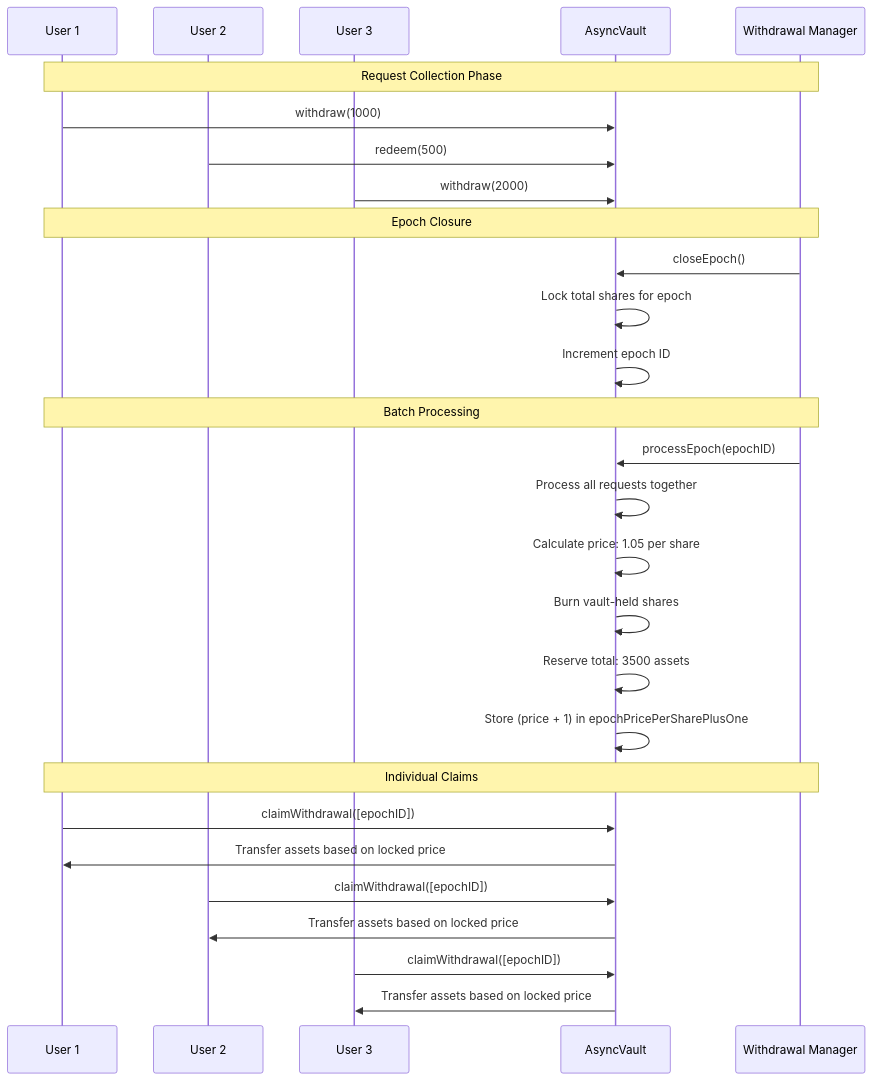
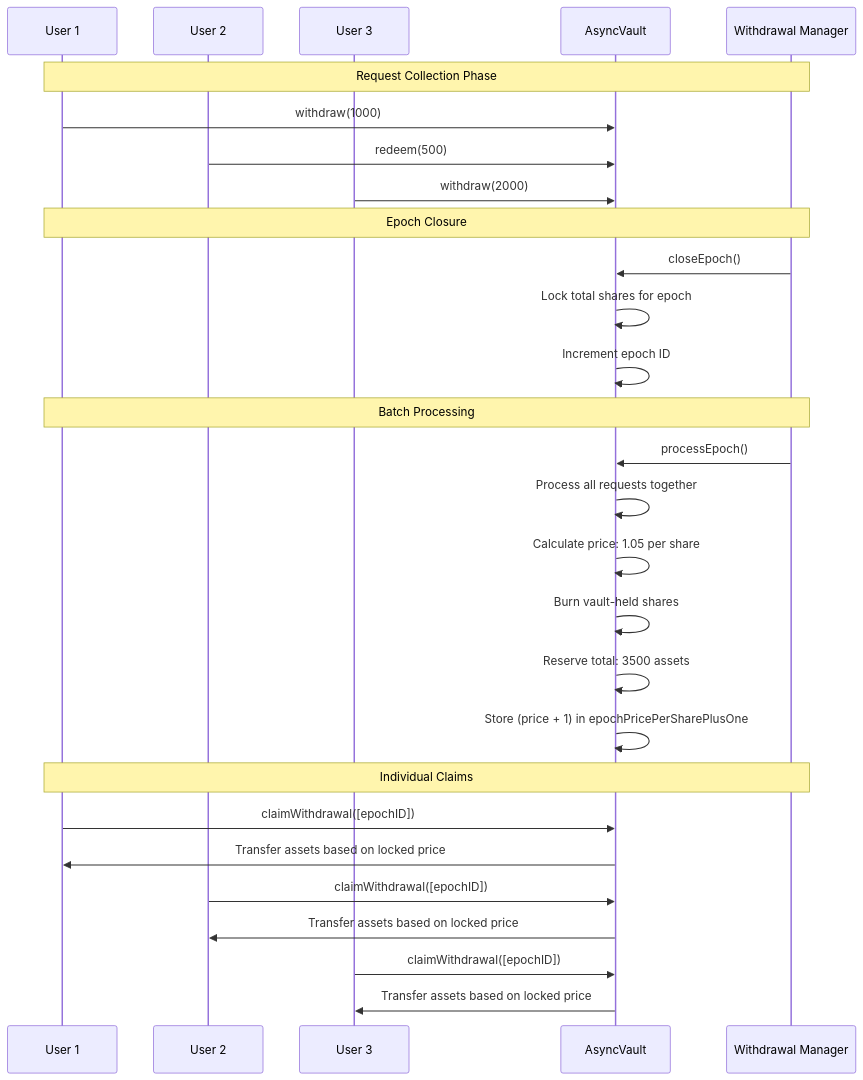
One commit to Blueprint-Finance/concrete-earn-v2-bug-bounty changed the second of 3 diagrams in doc/spec/ConcreteAsyncVaultImpl.md. Above: the diagram before and after it, drawn with Mermaid. The commit also changed other lines of this file and 298 other files, not shown here.

````diff
--- a/doc/spec/ConcreteAsyncVaultImpl.md
+++ b/doc/spec/ConcreteAsyncVaultImpl.md
@@ -279,36 +374,36 @@
 ```mermaid
 sequenceDiagram
     participant U1 as User 1
     participant U2 as User 2
     participant U3 as User 3
     participant V as AsyncVault
     participant WM as Withdrawal Manager
 
     Note over U1,WM: Request Collection Phase
     U1->>V: withdraw(1000)
     U2->>V: redeem(500)
     U3->>V: withdraw(2000)
 
     Note over U1,WM: Epoch Closure
     WM->>V: closeEpoch()
     V->>V: Lock total shares for epoch
     V->>V: Increment epoch ID
 
     Note over U1,WM: Batch Processing
-    WM->>V: processEpoch(epochID)
+    WM->>V: processEpoch()
     V->>V: Process all requests together
     V->>V: Calculate price: 1.05 per share
     V->>V: Burn vault-held shares
     V->>V: Reserve total: 3500 assets
     V->>V: Store (price + 1) in epochPricePerSharePlusOne
 
     Note over U1,WM: Individual Claims
     U1->>V: claimWithdrawal([epochID])
     V->>U1: Transfer assets based on locked price
 
     U2->>V: claimWithdrawal([epochID])
     V->>U2: Transfer assets based on locked price
 
     U3->>V: claimWithdrawal([epochID])
     V->>U3: Transfer assets based on locked price
 ```
````
